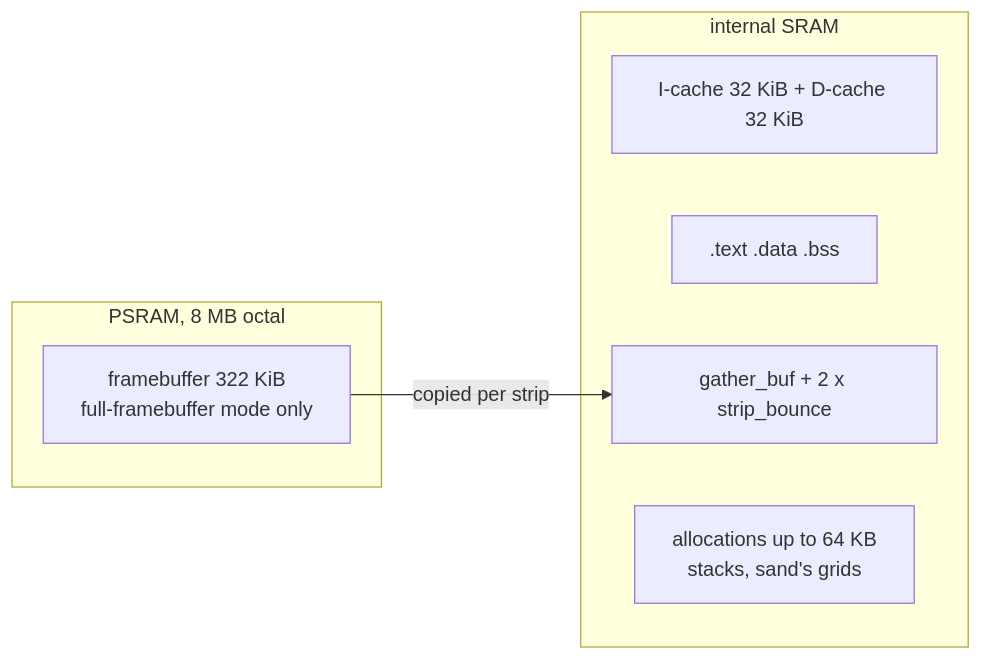
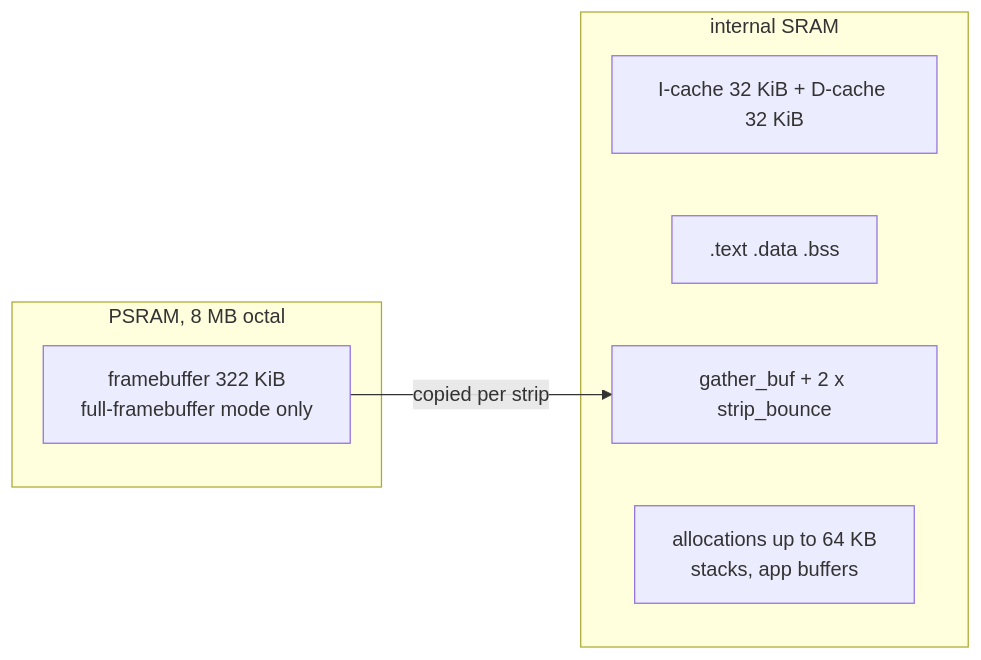
One commit to jose-villegas/autana changed the second of 2 diagrams in docs/notes/Board-and-Memory.md. Above: the diagram before and after it, drawn with Mermaid. The commit also changed other lines of this file and 27 other files, not shown here.

````diff
--- a/docs/notes/Board-and-Memory.md
+++ b/docs/notes/Board-and-Memory.md
@@ -58,13 +58,13 @@
 ```mermaid
 flowchart LR
     subgraph PSRAM["PSRAM, 8 MB octal"]
         FB["framebuffer 322 KiB<br/>full-framebuffer mode only"]
     end
     subgraph SRAM["internal SRAM"]
         CACHE["I-cache 32 KiB + D-cache 32 KiB"]
         STATIC[".text .data .bss"]
         DMA["gather_buf + 2 x strip_bounce"]
-        APP["allocations up to 64 KB<br/>stacks, sand's grids"]
+        APP["allocations up to 64 KB<br/>stacks, app buffers"]
     end
     FB -->|"copied per strip"| DMA
 ```
````
